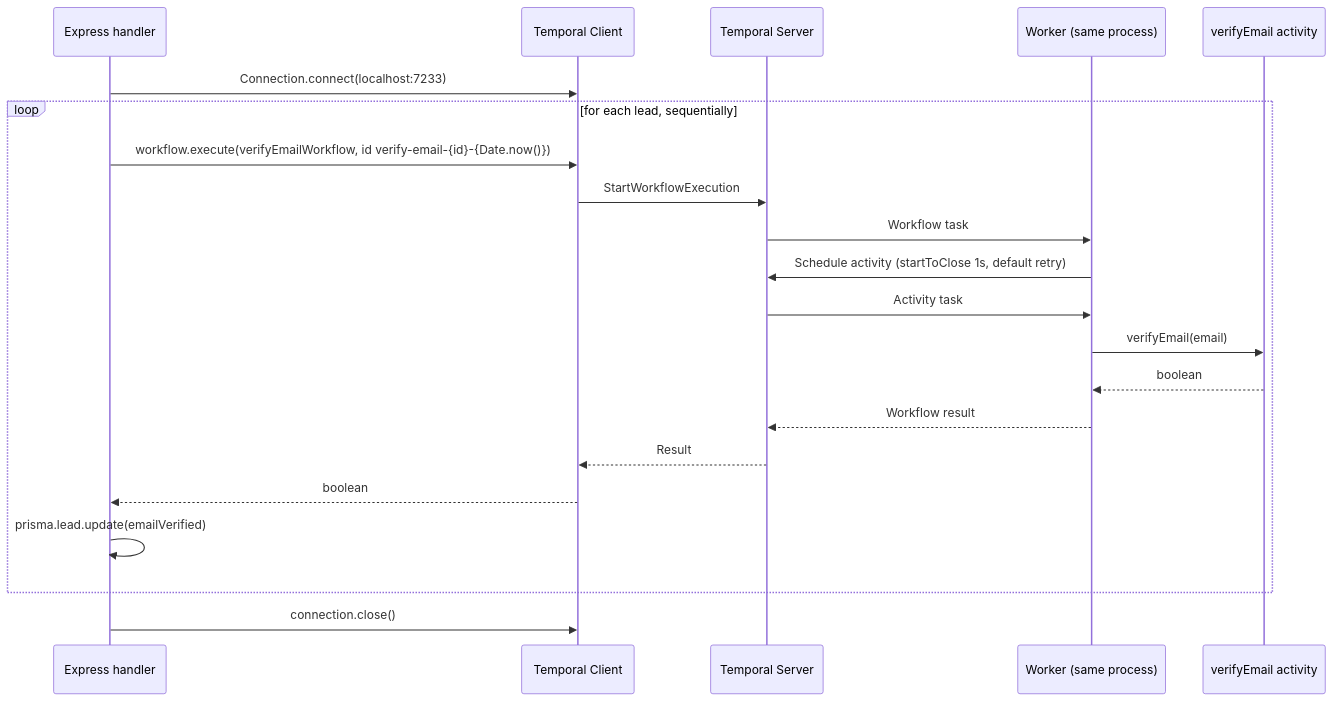
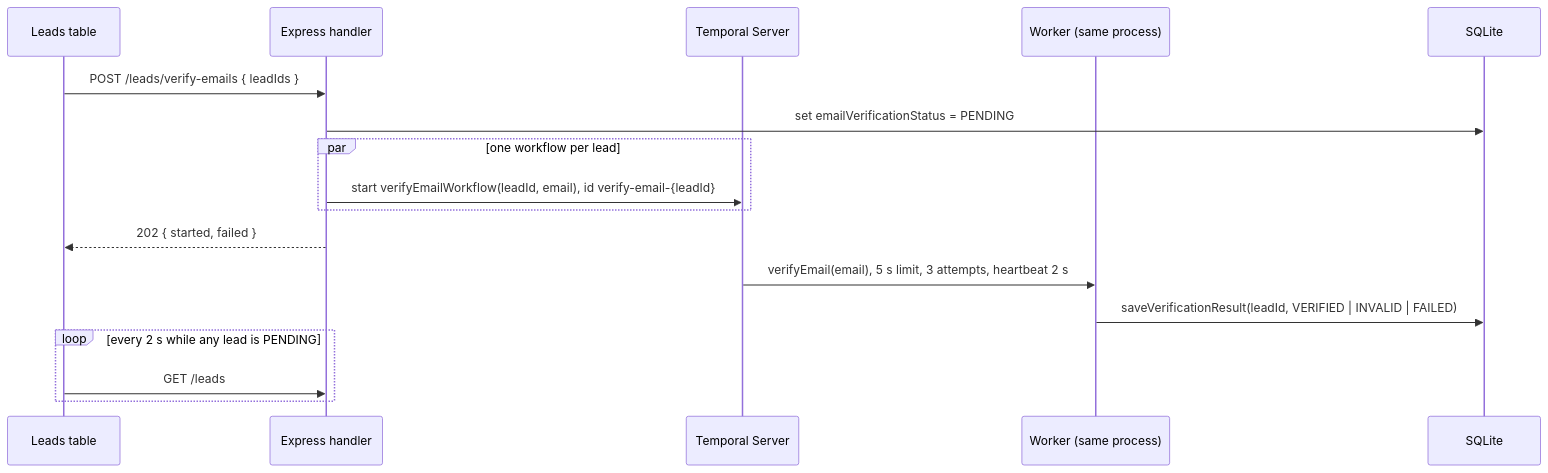
Before and after one commit to Genesy-AI/technical-task-sergi-cortes: the third of 3 diagrams in design/architecture/02-backend.md, drawn with Mermaid. The commit also changed other lines of this file and 7 other files, not shown here.

First line of the commit message:
docs: document background email verification

````diff
--- a/design/architecture/02-backend.md
+++ b/design/architecture/02-backend.md
@@ -154,24 +157,20 @@
 ```mermaid
 sequenceDiagram
+    participant UI as Leads table
     participant API as Express handler
-    participant C as Temporal Client
     participant S as Temporal Server
     participant W as Worker (same process)
-    participant A as verifyEmail activity
+    participant DB as SQLite
 
-    API->>C: Connection.connect(localhost:7233)
-    loop for each lead, sequentially
-        API->>C: workflow.execute(verifyEmailWorkflow, id verify-email-{id}-{Date.now()})
-        C->>S: StartWorkflowExecution
-        S->>W: Workflow task
-        W->>S: Schedule activity (startToClose 1s, default retry)
-        S->>W: Activity task
-        W->>A: verifyEmail(email)
-        A-->>W: boolean
-        W-->>S: Workflow result
-        S-->>C: Result
-        C-->>API: boolean
-        API->>API: prisma.lead.update(emailVerified)
+    UI->>API: POST /leads/verify-emails { leadIds }
+    API->>DB: set emailVerificationStatus = PENDING
+    par one workflow per lead
+        API->>S: start verifyEmailWorkflow(leadId, email), id verify-email-{leadId}
     end
-    API->>C: connection.close()
+    API-->>UI: 202 { started, failed }
+    S->>W: verifyEmail(email), 5 s limit, 3 attempts, heartbeat 2 s
+    W->>DB: saveVerificationResult(leadId, VERIFIED | INVALID | FAILED)
+    loop every 2 s while any lead is PENDING
+        UI->>API: GET /leads
+    end
 ```
````
